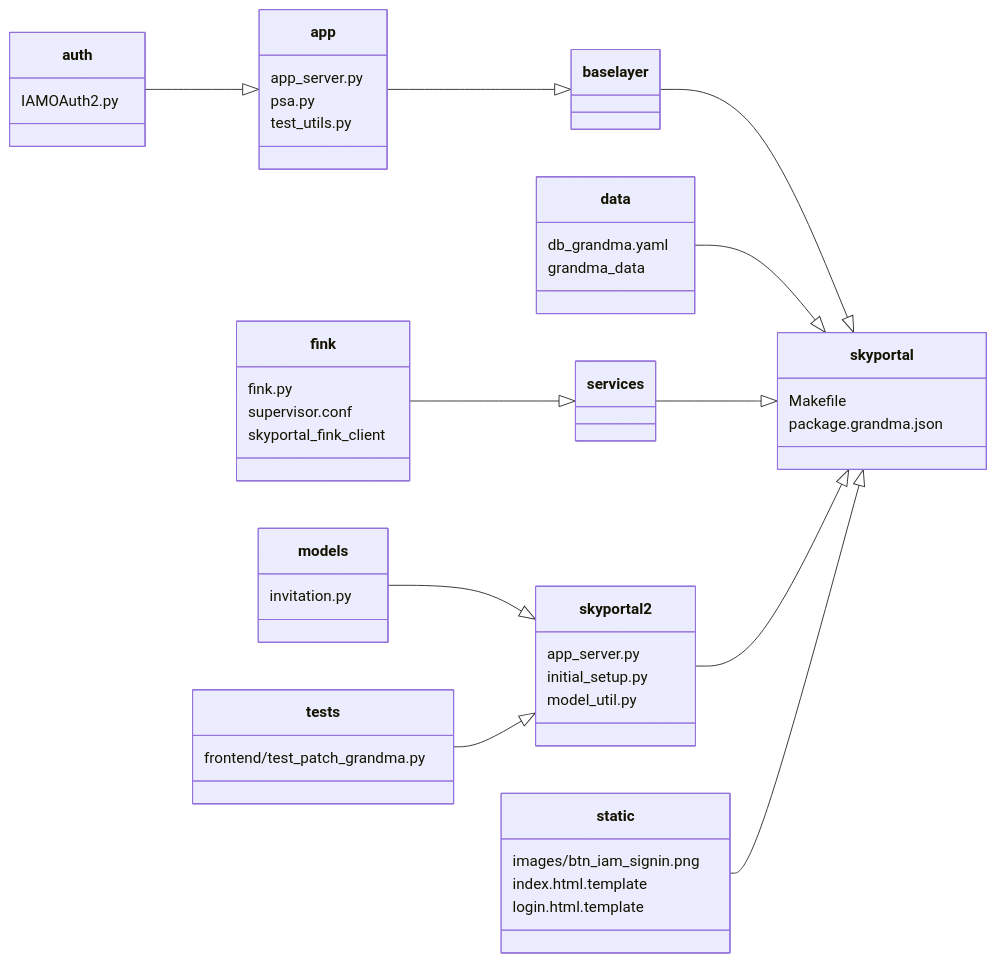
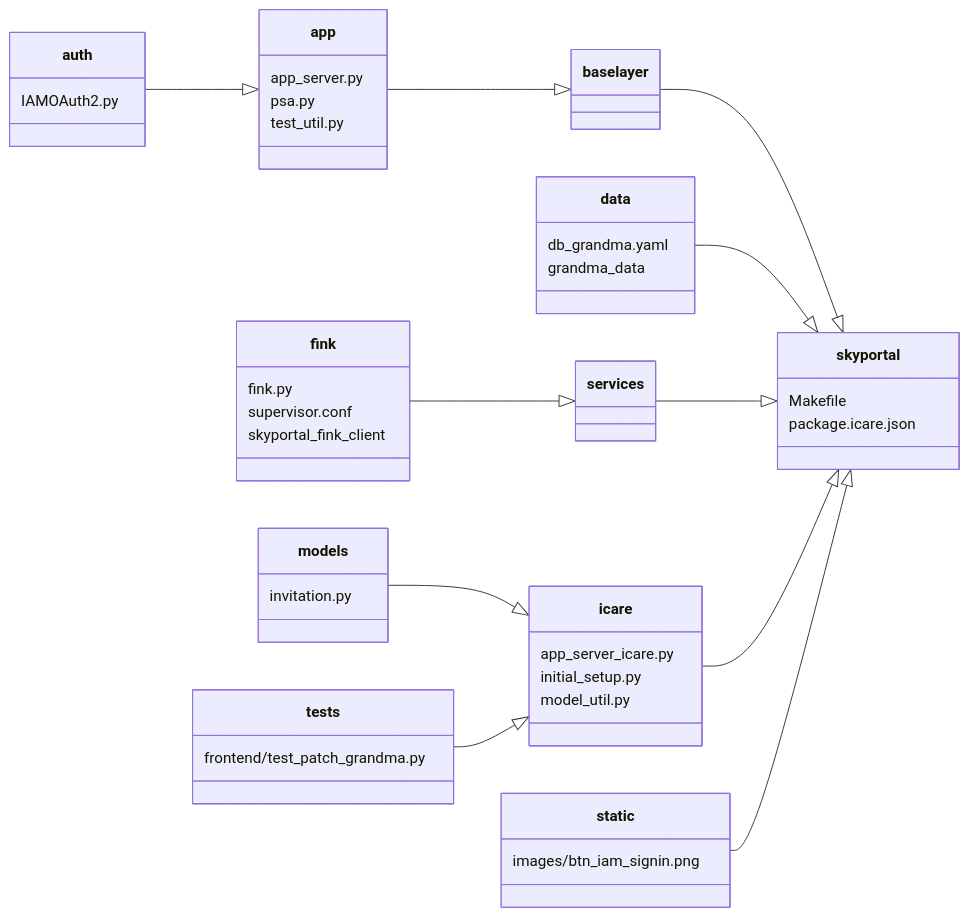
The second of 6 diagrams in docs/dev_guide/index.md (grandma-collaboration/icare), drawn with Mermaid before and after one commit. The commit also changed other lines of this file and 11 other files, not shown here.

````diff
--- a/docs/dev_guide/index.md
+++ b/docs/dev_guide/index.md
@@ -23,40 +23,38 @@
 ``` mermaid
 classDiagram
     direction LR
     app --|> baselayer
     app : app_server.py
     app : psa.py
-    app : test_utils.py
+    app : test_util.py
     auth --|> app
     auth : IAMOAuth2.py
 
     baselayer --|> skyportal
 
     data --|> skyportal
     data : db_grandma.yaml
     data : grandma_data
 
     services --|> skyportal
     fink --|> services
     fink : fink.py
     fink : supervisor.conf
     fink : skyportal_fink_client
 
-    skyportal2 --|> skyportal
-    skyportal2 : app_server.py
-    skyportal2 : initial_setup.py
-    skyportal2 : model_util.py
+    icare --|> skyportal
+    icare : app_server_icare.py
+    icare : initial_setup.py
+    icare : model_util.py
 
-    models --|> skyportal2
+    models --|> icare
     models : invitation.py
-    tests --|> skyportal2
+    tests --|> icare
     tests : frontend/test_patch_grandma.py
 
     static --|> skyportal
     static : images/btn_iam_signin.png
-    static : index.html.template
-    static : login.html.template
 
     skyportal : Makefile
-    skyportal : package.grandma.json
+    skyportal : package.icare.json
 ```
````
